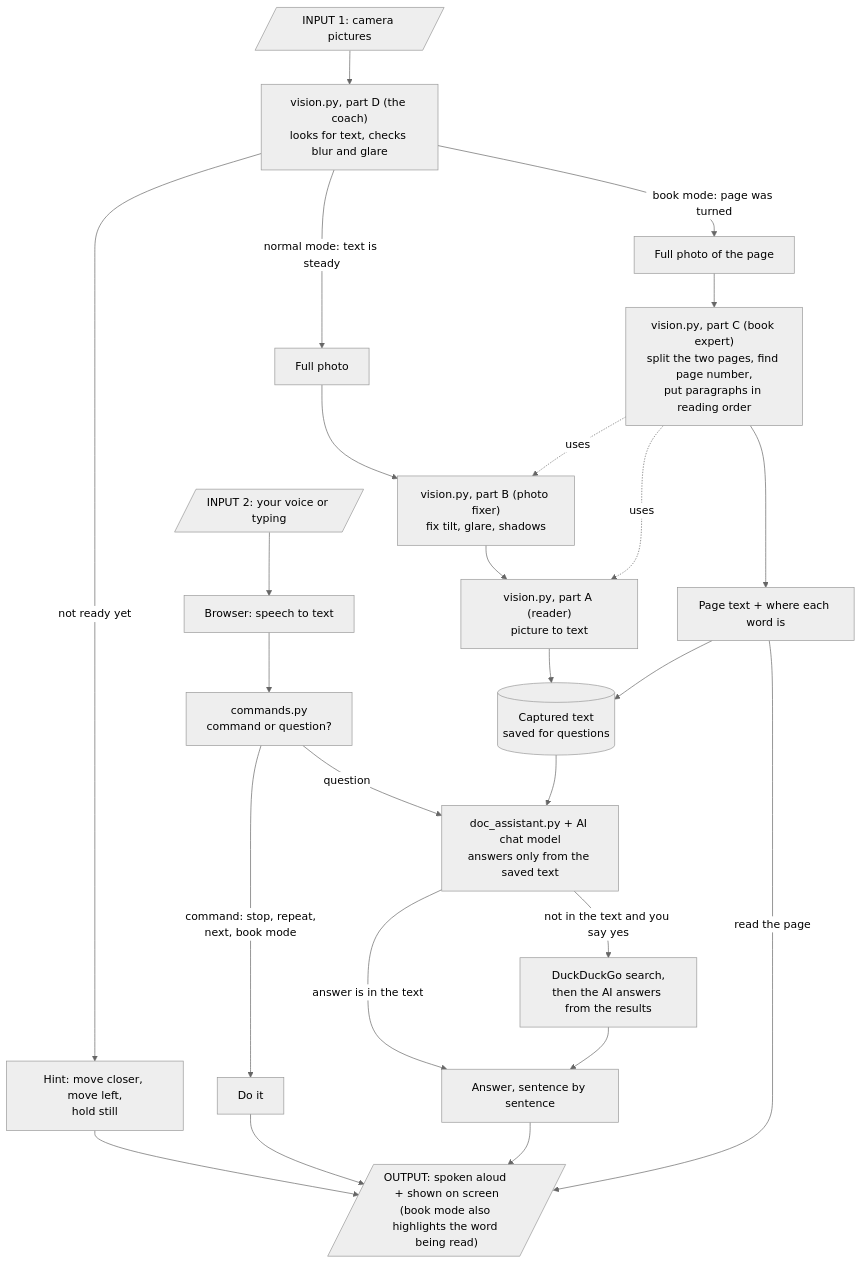
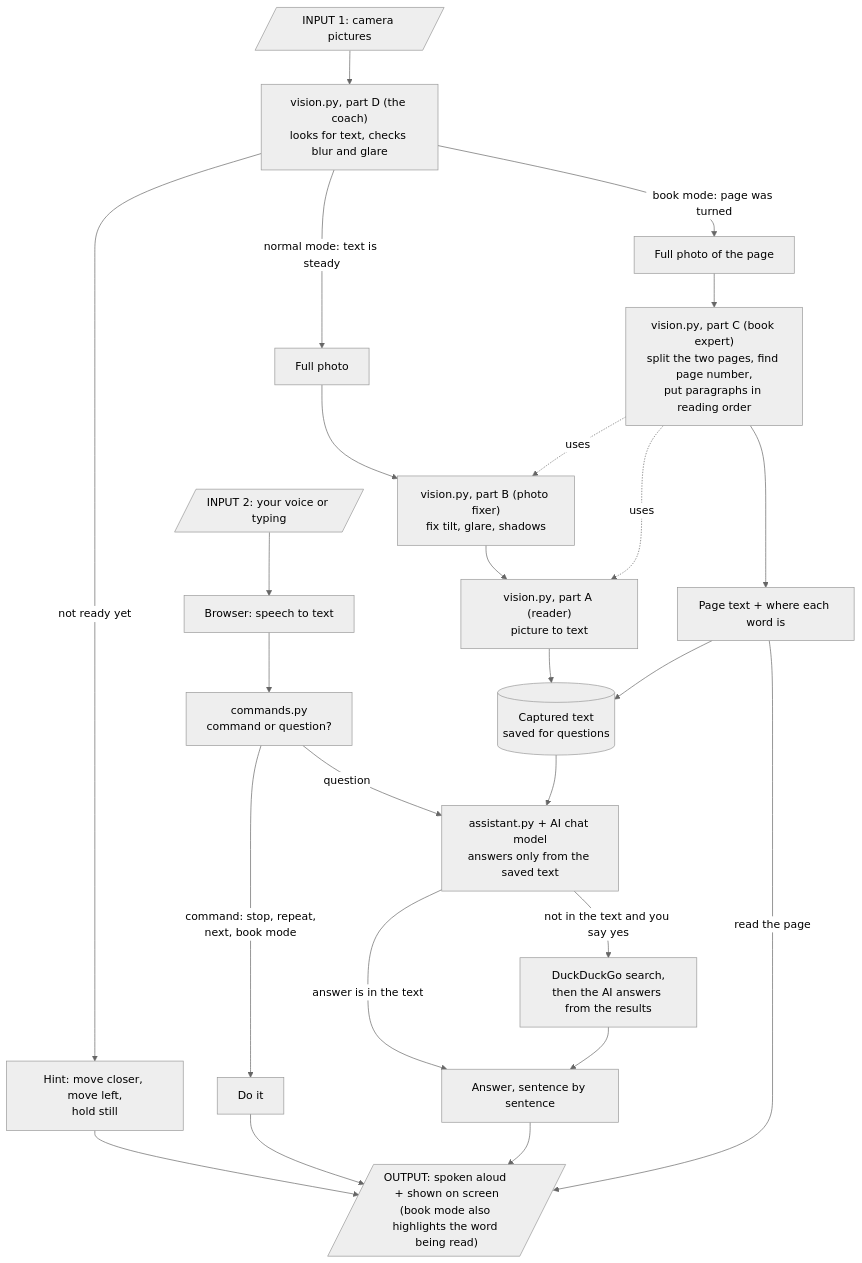
The diagram in working.md (neerajprao/Helping_Eyes-main), drawn with Mermaid (neutral theme) before and after one commit. The commit also changed other lines of this file and 11 other files, not shown here.

````diff
--- a/working.md
+++ b/working.md
@@ -79,35 +79,35 @@
 ```mermaid
 flowchart TD
     CAM[/"INPUT 1: camera pictures"/]
     VOICE[/"INPUT 2: your voice or typing"/]
 
     CAM --> COACH["vision.py, part D (the coach)<br/>looks for text, checks blur and glare"]
     COACH -->|not ready yet| HINT["Hint: move closer, move left,<br/>hold still"]
     COACH -->|normal mode: text is steady| PHOTO["Full photo"]
     COACH -->|book mode: page was turned| BOOKPHOTO["Full photo of the page"]
 
     PHOTO --> FIX["vision.py, part B (photo fixer)<br/>fix tilt, glare, shadows"]
     FIX --> READ["vision.py, part A (reader)<br/>picture to text"]
     READ --> SAVED[("Captured text<br/>saved for questions")]
 
     BOOKPHOTO --> BOOK["vision.py, part C (book expert)<br/>split the two pages, find page number,<br/>put paragraphs in reading order"]
     BOOK -.uses.-> FIX
     BOOK -.uses.-> READ
     BOOK --> PAGE["Page text + where each word is"]
     PAGE --> SAVED
 
     VOICE --> STT["Browser: speech to text"]
     STT --> CMD["commands.py<br/>command or question?"]
     CMD -->|command: stop, repeat,<br/>next, book mode| ACT["Do it"]
-    CMD -->|question| AI["doc_assistant.py + AI chat model<br/>answers only from the saved text"]
+    CMD -->|question| AI["assistant.py + AI chat model<br/>answers only from the saved text"]
     SAVED --> AI
     AI -->|answer is in the text| ANSWER["Answer, sentence by sentence"]
     AI -->|not in the text and you say yes| WEB["DuckDuckGo search,<br/>then the AI answers from the results"]
     WEB --> ANSWER
 
     HINT --> OUT
     ACT --> OUT
     ANSWER --> OUT
     PAGE -->|read the page| OUT
     OUT[/"OUTPUT: spoken aloud + shown on screen<br/>(book mode also highlights the word being read)"/]
 ```
````
